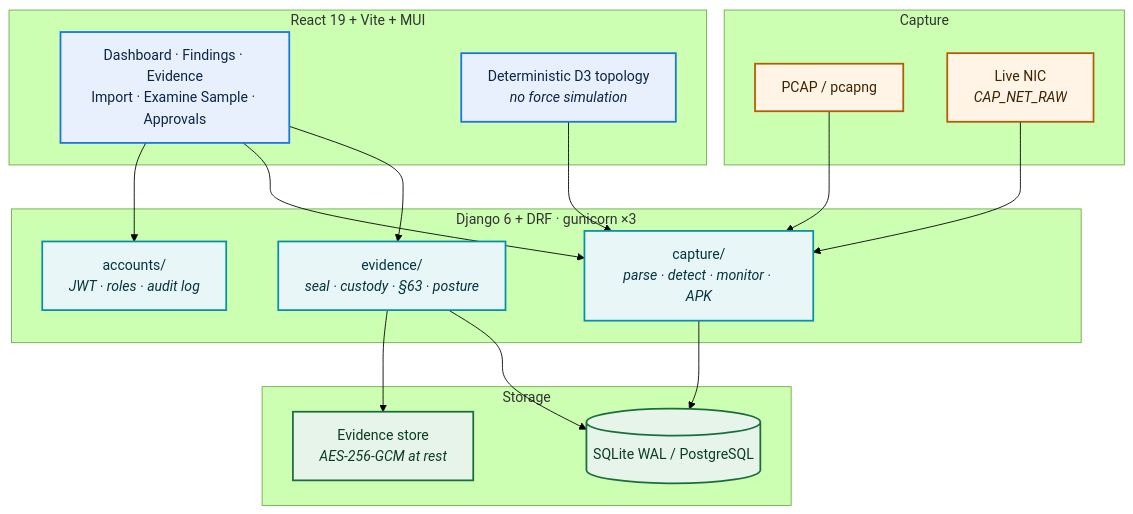
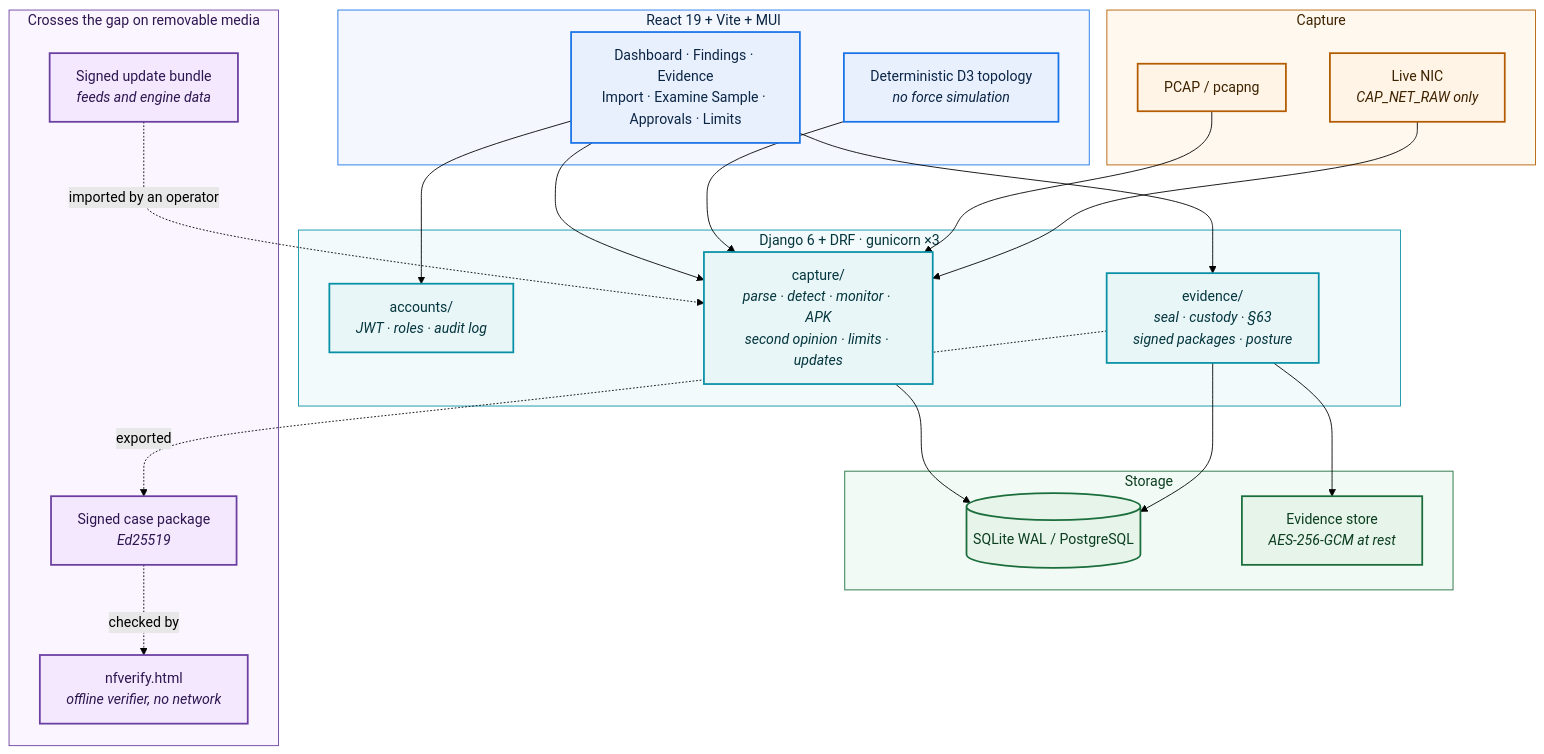
Before and after one commit to Anbu-00001/NetForensiq: diagram 13 of 16 in README.md, drawn with Mermaid (forest theme). The commit also changed other lines of this file and 11 other files, not shown here.

First line of the commit message:
docs: README overhaul with screenshots, diagrams and the new sections

````diff
--- a/README.md
+++ b/README.md
@@ -589,35 +792,50 @@
 ```mermaid
 graph TB
     subgraph FE["React 19 + Vite + MUI"]
-        UI["Dashboard · Findings · Evidence<br/>Import · Examine Sample · Approvals"]
+        UI["Dashboard · Findings · Evidence<br/>Import · Examine Sample · Approvals · Limits"]
         D3["Deterministic D3 topology<br/><i>no force simulation</i>"]
     end
     subgraph API["Django 6 + DRF · gunicorn ×3"]
         AUTH["accounts/<br/><i>JWT · roles · audit log</i>"]
-        CAP["capture/<br/><i>parse · detect · monitor · APK</i>"]
-        EV["evidence/<br/><i>seal · custody · §63 · posture</i>"]
+        CAP["capture/<br/><i>parse · detect · monitor · APK<br/>second opinion · limits · updates</i>"]
+        EV["evidence/<br/><i>seal · custody · §63<br/>signed packages · posture</i>"]
     end
     subgraph DATA["Storage"]
         DB[("SQLite WAL / PostgreSQL")]
         ES["Evidence store<br/><i>AES-256-GCM at rest</i>"]
     end
     subgraph WIRE["Capture"]
         PCAP["PCAP / pcapng"]
-        LIVE["Live NIC<br/><i>CAP_NET_RAW</i>"]
+        LIVE["Live NIC<br/><i>CAP_NET_RAW only</i>"]
+    end
+    subgraph GAP["Crosses the gap on removable media"]
+        PKG["Signed case package<br/><i>Ed25519</i>"]
+        VER["nfverify.html<br/><i>offline verifier, no network</i>"]
+        UPD["Signed update bundle<br/><i>feeds and engine data</i>"]
     end
 
     UI --> AUTH & CAP & EV
     D3 --> CAP
     PCAP & LIVE --> CAP
     CAP --> DB
     EV --> ES & DB
+    EV -.->|exported| PKG
+    PKG -.->|checked by| VER
+    UPD -.->|imported by an operator| CAP
 
     classDef fe fill:#E8F0FE,stroke:#1A73E8,stroke-width:2px,color:#0B2545
     classDef api fill:#E8F6F8,stroke:#0891A6,stroke-width:2px,color:#04353D
     classDef data fill:#E6F4EA,stroke:#1B6E3C,stroke-width:2px,color:#0B3D1F
     classDef wire fill:#FFF4E5,stroke:#B35C00,stroke-width:2px,color:#3D2200
+    classDef gap fill:#F3E8FD,stroke:#6B3FA0,stroke-width:2px,color:#2E1550
     class UI,D3 fe
     class AUTH,CAP,EV api
     class DB,ES data
     class PCAP,LIVE wire
+    class PKG,VER,UPD gap
+    style FE fill:#F4F8FE,stroke:#1A73E8,stroke-width:1px,color:#0B2545
+    style API fill:#F2FAFB,stroke:#0891A6,stroke-width:1px,color:#04353D
+    style DATA fill:#F1FAF4,stroke:#1B6E3C,stroke-width:1px,color:#0B3D1F
+    style WIRE fill:#FFF8EE,stroke:#B35C00,stroke-width:1px,color:#3D2200
+    style GAP fill:#FAF5FE,stroke:#6B3FA0,stroke-width:1px,color:#2E1550
 ```
````
